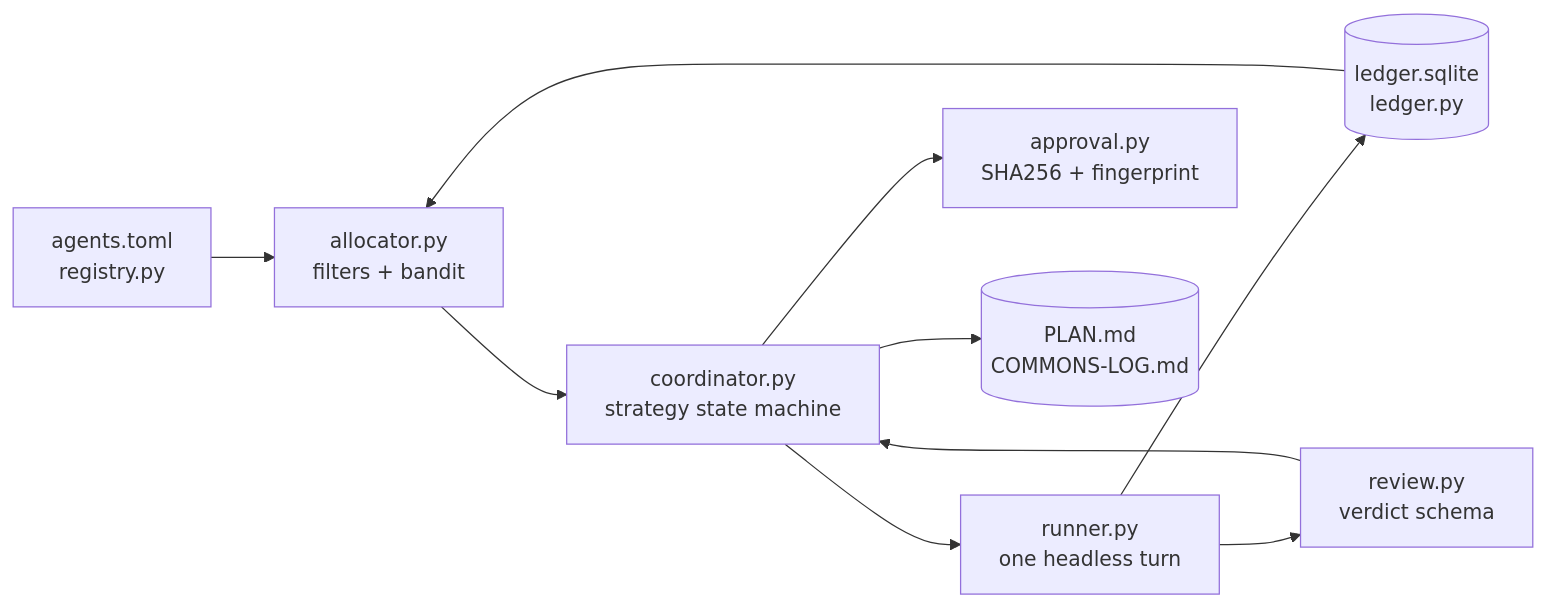
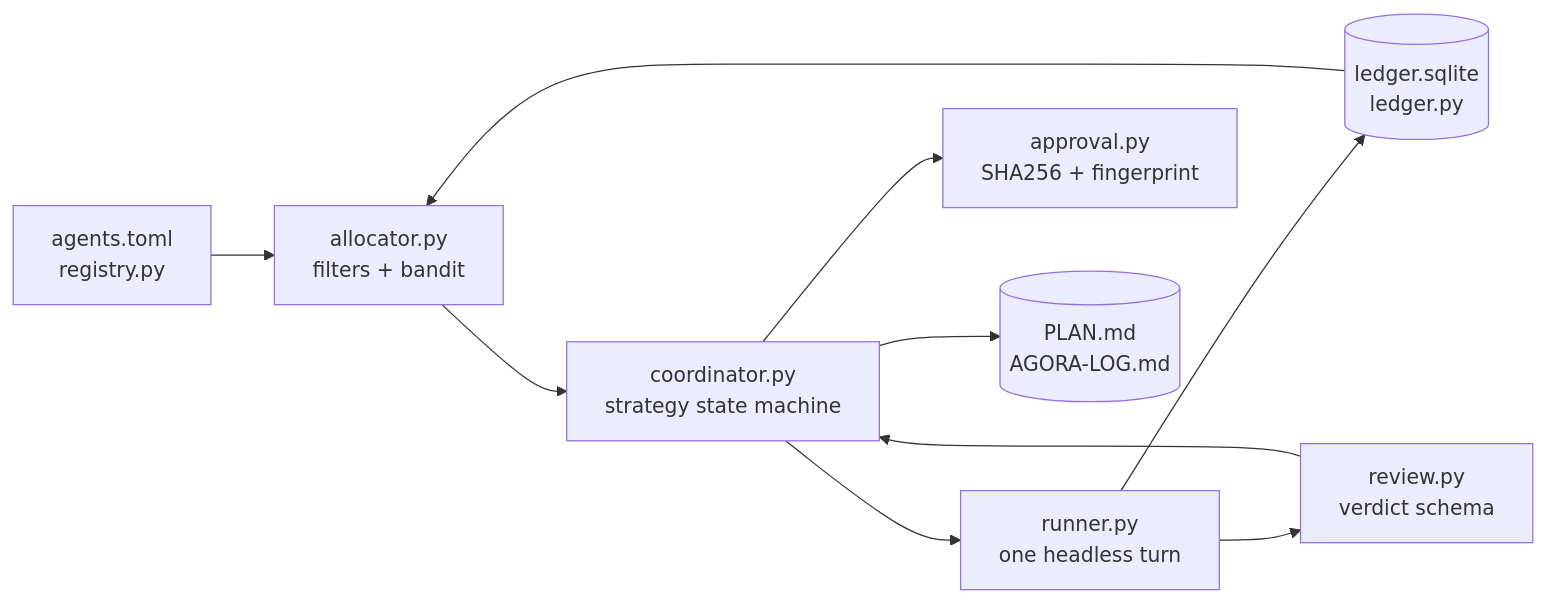
One commit to dgiunchi/agora changed the diagram in docs/architecture.md. Above: the diagram before and after it, drawn with Mermaid. The commit also changed other lines of this file and 27 other files, not shown here.

````diff
--- a/docs/architecture.md
+++ b/docs/architecture.md
@@ -5,12 +5,12 @@
 ```mermaid
 flowchart LR
     CAT[agents.toml<br/>registry.py] --> ALLOC[allocator.py<br/>filters + bandit]
     LED[(ledger.sqlite<br/>ledger.py)] --> ALLOC
     ALLOC --> COORD[coordinator.py<br/>strategy state machine]
     COORD --> RUN[runner.py<br/>one headless turn]
     RUN --> LED
     RUN --> REV[review.py<br/>verdict schema]
     REV --> COORD
     COORD --> APR[approval.py<br/>SHA256 + fingerprint]
-    COORD --> LOG[(PLAN.md<br/>COMMONS-LOG.md)]
+    COORD --> LOG[(PLAN.md<br/>AGORA-LOG.md)]
 ```
````
